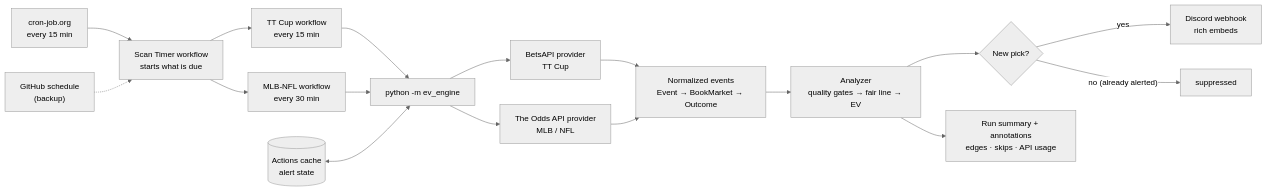
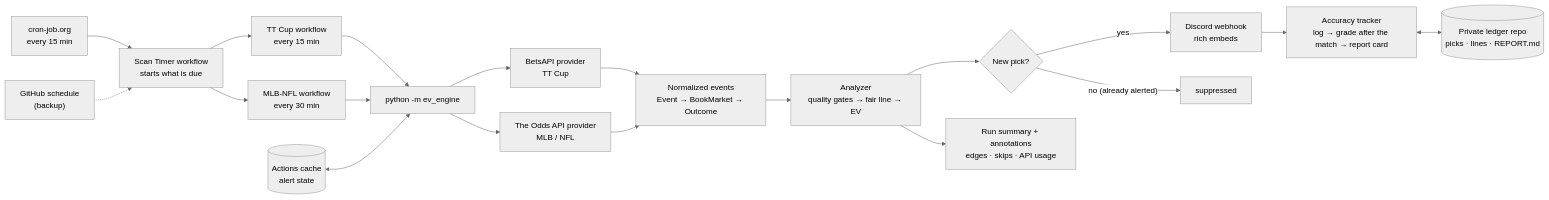
One commit to stardust1327/tt-ev-engine changed the diagram in README.md. Above: the diagram before and after it, drawn with Mermaid (neutral theme). The commit also changed other lines of this file and 19 other files, not shown here.

First line of the commit message:
Add an accuracy tracker: log alerts, grade them after the match, keep a report card

````diff
--- a/README.md
+++ b/README.md
@@ -22,19 +26,21 @@
 ```mermaid
 flowchart LR
   ext["cron-job.org<br/>every 15 min"] --> timer["Scan Timer workflow<br/>starts what is due"]
   backup["GitHub schedule<br/>(backup)"] -.-> timer
   timer --> cron1["TT Cup workflow<br/>every 15 min"]
   timer --> cron2["MLB-NFL workflow<br/>every 30 min"]
   cron1 --> cli["python -m ev_engine"]
   cron2 --> cli
   cache[("Actions cache<br/>alert state")] <--> cli
   cli --> p1["BetsAPI provider<br/>TT Cup"]
   cli --> p2["The Odds API provider<br/>MLB / NFL"]
   p1 --> norm["Normalized events<br/>Event → BookMarket → Outcome"]
   p2 --> norm
   norm --> an["Analyzer<br/>quality gates → fair line → EV"]
   an --> dd{"New pick?"}
   dd -- yes --> dc["Discord webhook<br/>rich embeds"]
   dd -- "no (already alerted)" --> skip["suppressed"]
   an --> sum["Run summary + annotations<br/>edges · skips · API usage"]
+  dc --> trk["Accuracy tracker<br/>log → grade after the match → report card"]
+  trk <--> ledger[("Private ledger repo<br/>picks · lines · REPORT.md")]
 ```
````
